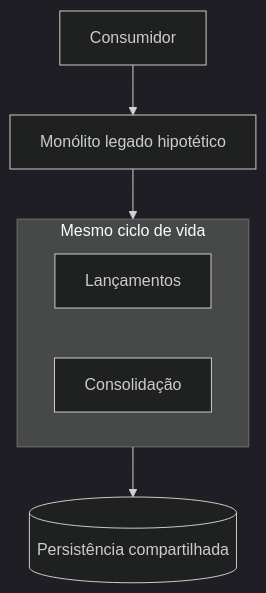
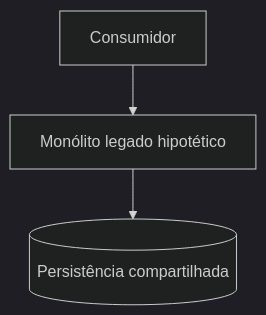
The first of 2 diagrams in docs/03-arquitetura-solucao/arquitetura-transicao-hipotetica.md (ThiagoFerraciolli/cash-flow-architecture), drawn with Mermaid (dark theme) before and after one commit. The commit also changed other lines of this file, not shown here.

````diff
--- a/docs/03-arquitetura-solucao/arquitetura-transicao-hipotetica.md
+++ b/docs/03-arquitetura-solucao/arquitetura-transicao-hipotetica.md
@@ -24,10 +14,5 @@
 ```mermaid
 flowchart TB
     U[Consumidor] --> M[Monólito legado hipotético]
-    subgraph M1[Mesmo ciclo de vida]
-      L[Lançamentos]
-      C[Consolidação]
-    end
-    M --> M1
-    M1 --> DB[(Persistência compartilhada)]
+    M --> DB[(Persistência compartilhada)]
 ```
````
